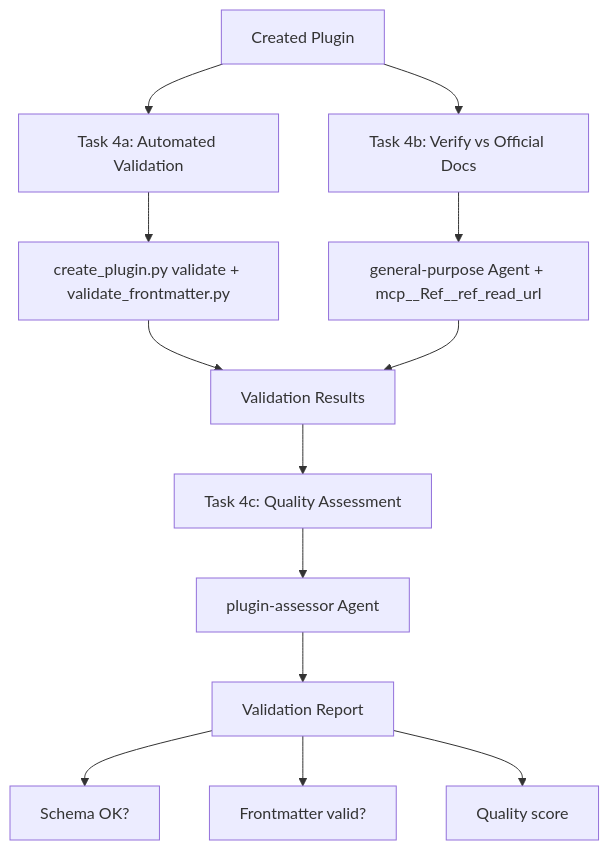
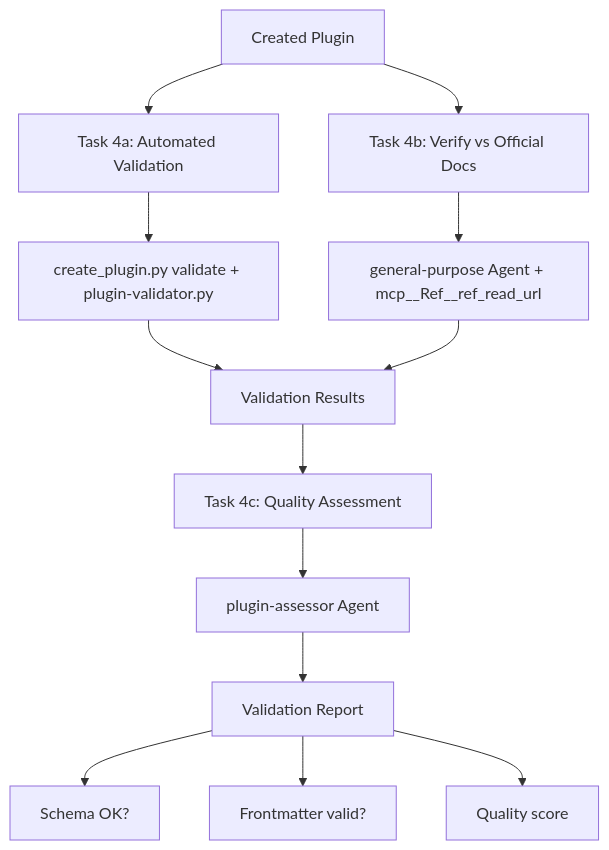
The sixth of 11 diagrams in plugins/plugin-creator/skills/plugin-creator/references/workflow-diagram.md (chgreer1070/claude_skills), drawn with Mermaid before and after one commit. The commit also changed other lines of this file and 14 other files, not shown here.

First line of the commit message:
docs(plugin-creator): update validator script name and expand documentation

````diff
--- a/plugins/plugin-creator/skills/plugin-creator/references/workflow-diagram.md
+++ b/plugins/plugin-creator/skills/plugin-creator/references/workflow-diagram.md
@@ -128,19 +128,19 @@
 ```mermaid
 flowchart TD
     PLUGIN[Created Plugin] --> T4A[Task 4a: Automated Validation]
     PLUGIN --> T4B[Task 4b: Verify vs Official Docs]
 
-    T4A --> SCRIPTS["create_plugin.py validate + validate_frontmatter.py"]
+    T4A --> SCRIPTS["create_plugin.py validate + plugin-validator.py"]
     T4B --> GP[general-purpose Agent + mcp__Ref__ref_read_url]
 
     SCRIPTS --> RESULTS[Validation Results]
     GP --> RESULTS
 
     RESULTS --> T4C[Task 4c: Quality Assessment]
     T4C --> ASSESSOR[plugin-assessor Agent]
     ASSESSOR --> REPORT[Validation Report]
 
     REPORT --> S1[Schema OK?]
     REPORT --> S2[Frontmatter valid?]
     REPORT --> S3[Quality score]
 ```
````
